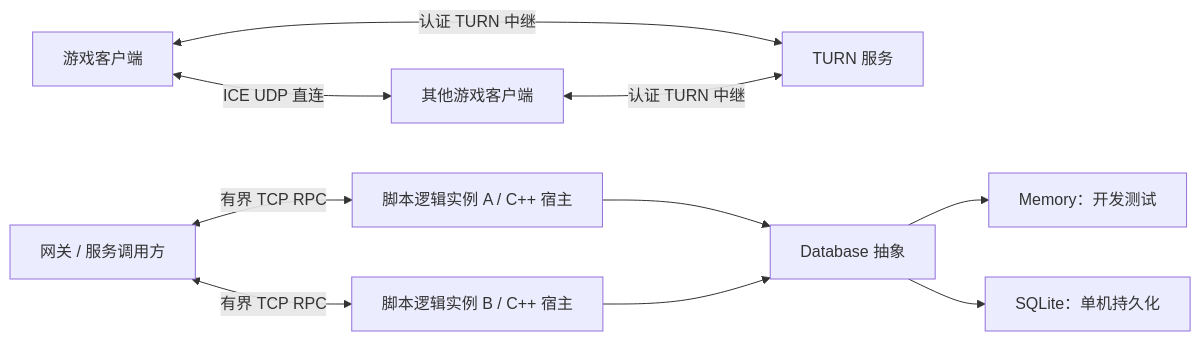
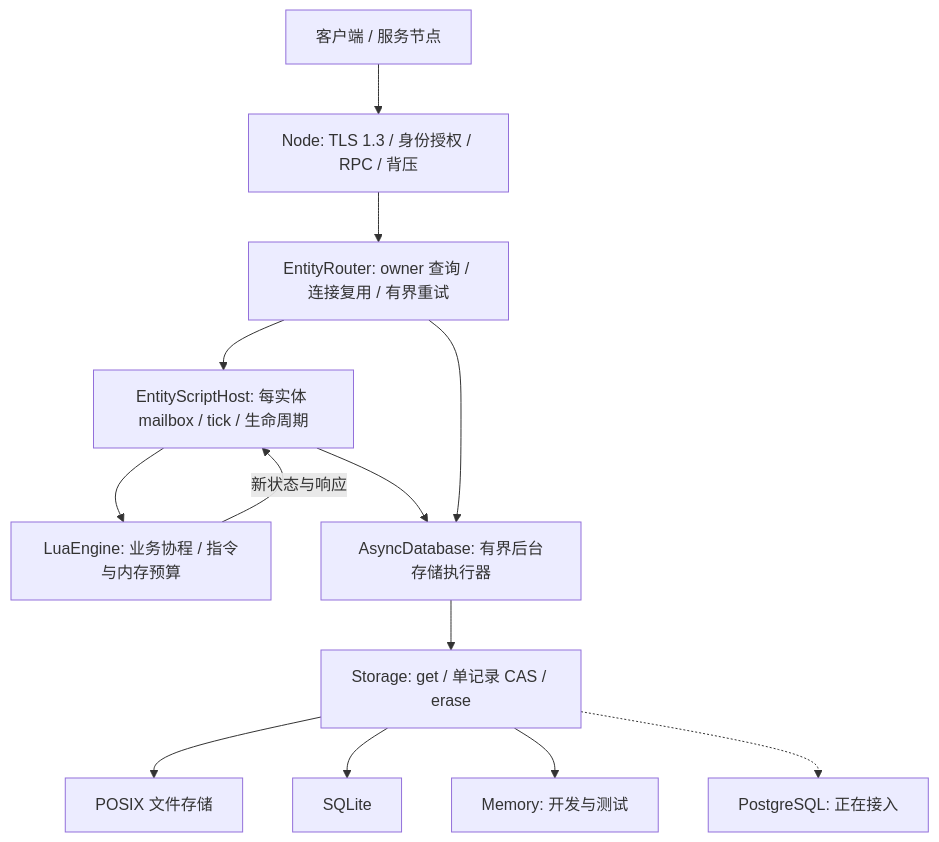
The diagram in docs/ARCHITECTURE.md (frodosens/fsnet), drawn with Mermaid before and after one commit. The commit also changed other lines of this file and 25 other files, not shown here.

````diff
--- a/docs/ARCHITECTURE.md
+++ b/docs/ARCHITECTURE.md
@@ -9,12 +5,15 @@
 ```mermaid
-flowchart LR
-    Game[游戏客户端] <-->|ICE UDP 直连| Peer[其他游戏客户端]
-    Game <-->|认证 TURN 中继| Relay[TURN 服务]
-    Peer <-->|认证 TURN 中继| Relay
-    Gate[网关 / 服务调用方] <-->|有界 TCP RPC| LogicA[脚本逻辑实例 A / C++ 宿主]
-    Gate <-->|有界 TCP RPC| LogicB[脚本逻辑实例 B / C++ 宿主]
-    LogicA --> Store[Database 抽象]
-    LogicB --> Store
-    Store --> Memory[Memory：开发测试]
-    Store --> SQLite[SQLite：单机持久化]
+flowchart TB
+    Client[客户端 / 服务节点] --> Node[Node: TLS 1.3 / 身份授权 / RPC / 背压]
+    Node --> Router[EntityRouter: owner 查询 / 连接复用 / 有界重试]
+    Router --> Host[EntityScriptHost: 每实体 mailbox / tick / 生命周期]
+    Host --> Lua[LuaEngine: 业务协程 / 指令与内存预算]
+    Lua -->|新状态与响应| Host
+    Host --> Worker[AsyncDatabase: 有界后台存储执行器]
+    Router --> Worker
+    Worker --> Storage[Storage: get / 单记录 CAS / erase]
+    Storage --> Files[POSIX 文件存储]
+    Storage --> SQLite[SQLite]
+    Storage --> Memory[Memory: 开发与测试]
+    Storage -.-> PG[PostgreSQL: 正在接入]
 ```
````
